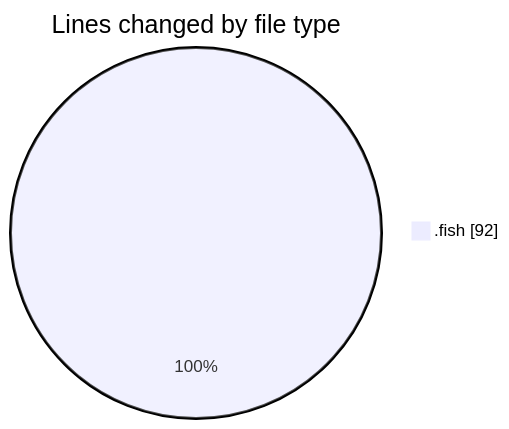
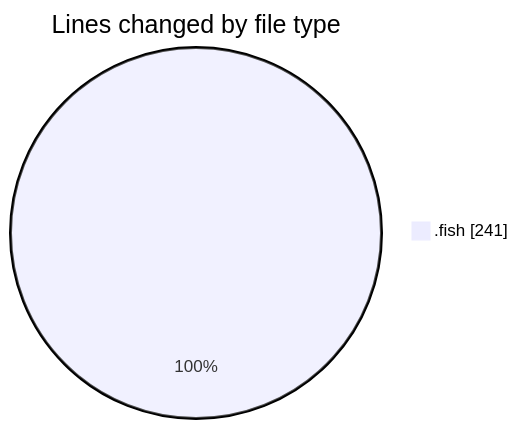
The first of 2 diagrams in 2025-07-20/fish/README.md (EIIisD/code-tracking), drawn with Mermaid before and after one commit. The commit also changed other lines of this file and 1 other file, not shown here.

````diff
--- a/2025-07-20/fish/README.md
+++ b/2025-07-20/fish/README.md
@@ -20,5 +24,5 @@
 ```mermaid
 pie showData
 title Lines changed by file type
-".fish" : 92
+".fish" : 241
 ```
````
